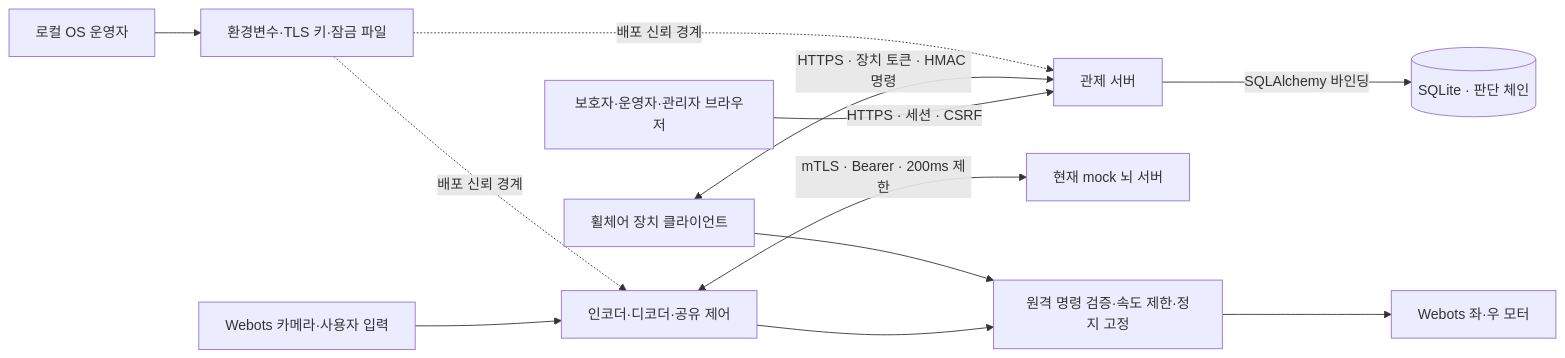
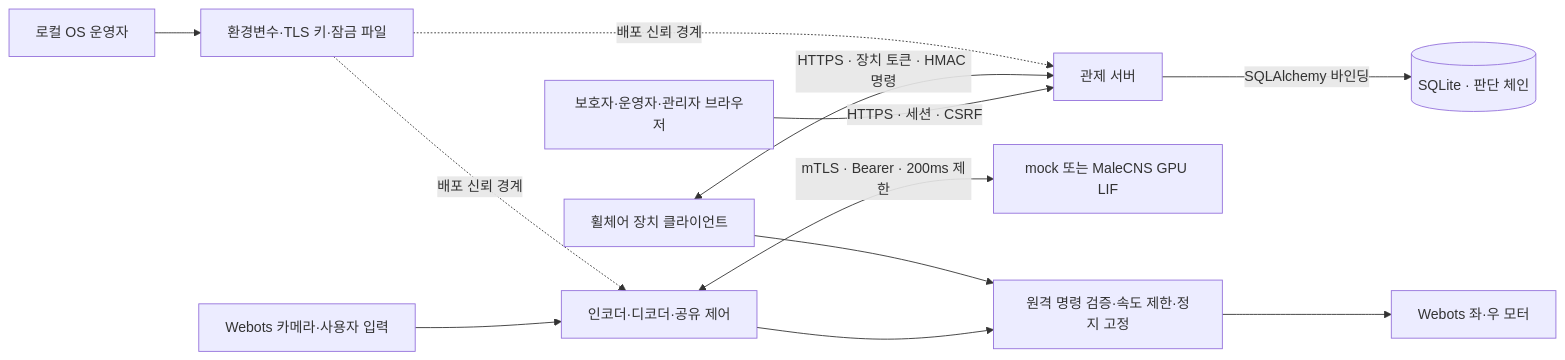
Before and after one commit to mrgrit/ReflexGuard: the diagram in docs/threat_model.md, drawn with Mermaid. The commit also changed other lines of this file and 65 other files, not shown here.

Commit message:
MaleCNS GPU 회로와 통합 검증을 완성하고 재현·보안 근거를 기록

````diff
--- a/docs/threat_model.md
+++ b/docs/threat_model.md
@@ -16,14 +16,14 @@
 ```mermaid
 flowchart LR
   Browser[보호자·운영자·관리자 브라우저] -->|HTTPS · 세션 · CSRF| Control[관제 서버]
   Control -->|SQLAlchemy 바인딩| DB[(SQLite · 판단 체인)]
   Camera[Webots 카메라·사용자 입력] --> Pipeline[인코더·디코더·공유 제어]
-  Pipeline <-->|mTLS · Bearer · 200ms 제한| Brain[현재 mock 뇌 서버]
+  Pipeline <-->|mTLS · Bearer · 200ms 제한| Brain[mock 또는 MaleCNS GPU LIF]
   Device[휠체어 장치 클라이언트] <-->|HTTPS · 장치 토큰 · HMAC 명령| Control
   Pipeline --> Guard[원격 명령 검증·속도 제한·정지 고정]
   Device --> Guard
   Guard --> Motors[Webots 좌·우 모터]
   Admin[로컬 OS 운영자] --> Secrets[환경변수·TLS 키·잠금 파일]
   Secrets -. 배포 신뢰 경계 .-> Control
   Secrets -. 배포 신뢰 경계 .-> Pipeline
 ```
````
